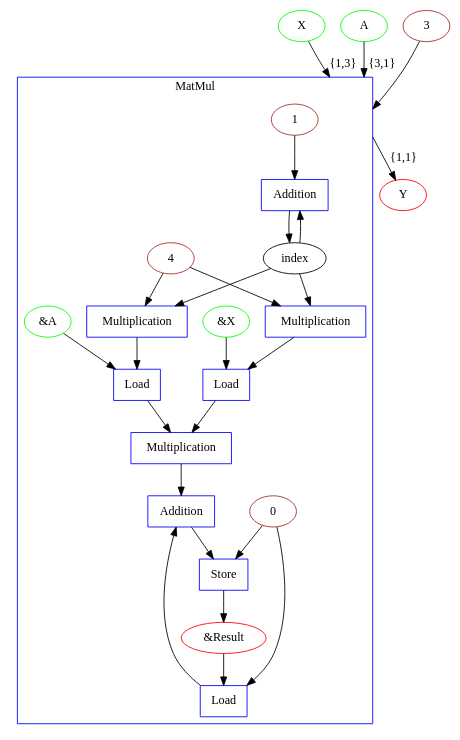
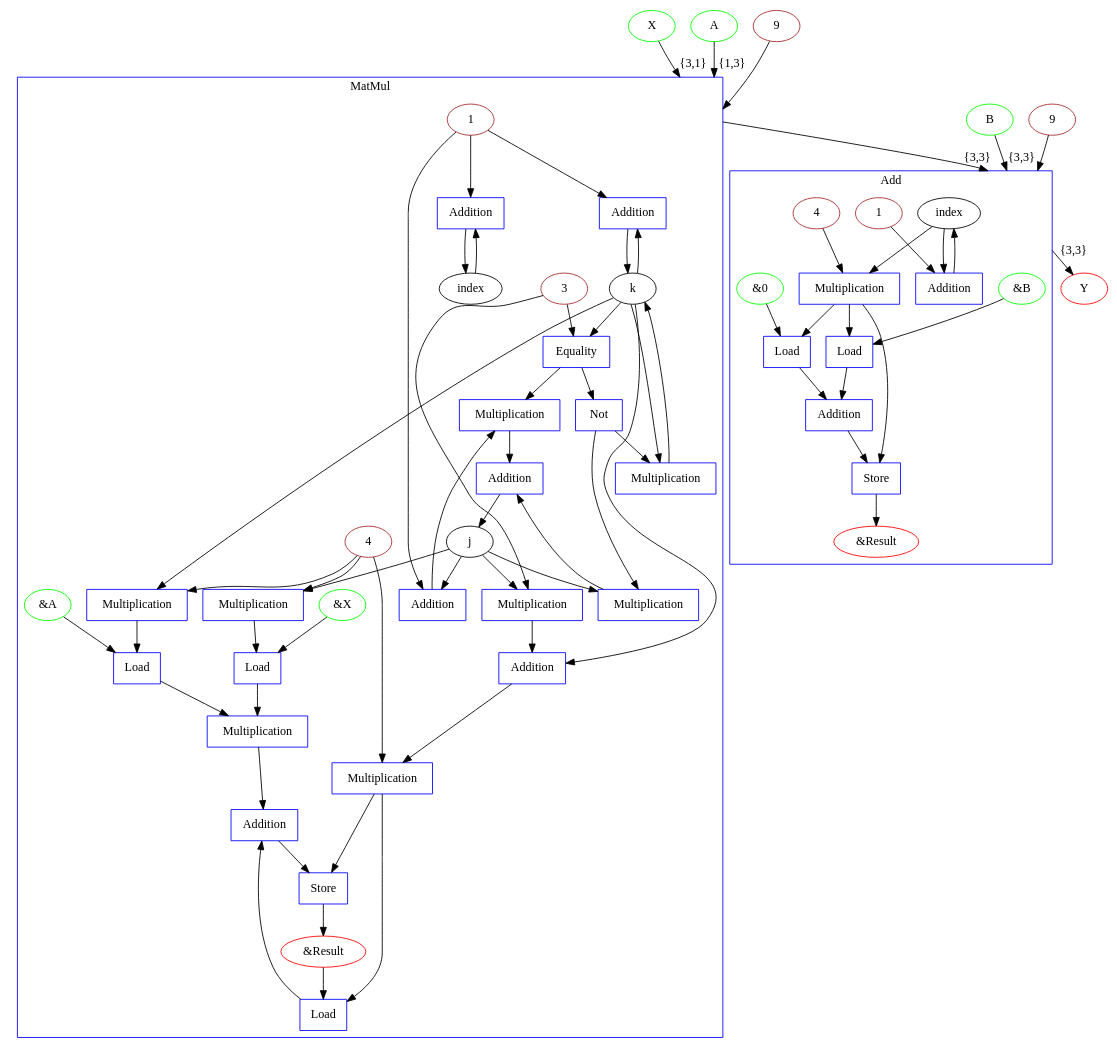
One commit to specs-feup/onnx-flow changed the diagram in graph.dot. Above: the diagram before and after it, drawn with Graphviz. The commit also changed 39 other files, not shown here.

Commit message:
Tests are working for all example graphs

```diff
--- a/graph.dot
+++ b/graph.dot
@@ -1,52 +1,125 @@
 digraph {
   graph [compound=true];
   X [label=X shape=ellipse color="#00FF00"];
   A [label=A shape=ellipse color="#00FF00"];
+  B [label=B shape=ellipse color="#00FF00"];
   Y [label=Y shape=ellipse color="#FF0000"];
   subgraph cluster_0 {
     graph [label=MatMul shape=box color="#0000FF"];
     0 [shape=point style=invis];
     addToIndexNode_0 [label=1 shape=ellipse color="#A52A2A"];
     Index_0 [label=index shape=ellipse];
+    j_0 [label=j shape=ellipse];
+    k_0 [label=k shape=ellipse];
+    "#columns1_0" [label=3 shape=ellipse color="#A52A2A"];
     displacementInMemory_0 [label=4 shape=ellipse color="#A52A2A"];
     Index0_0 [label=Multiplication shape=box color="#0000FF"];
     Index1_0 [label=Multiplication shape=box color="#0000FF"];
-    IndexResNode_0 [label=0 shape=ellipse color="#A52A2A"];
+    Multiplication5_0 [label=Multiplication shape=box color="#0000FF"];
+    IndexRes_0 [label=Multiplication shape=box color="#0000FF"];
+    Addition3_0 [label=Addition shape=box color="#0000FF"];
     X_0 [label="&X" shape=ellipse color="#00FF00"];
     A_0 [label="&A" shape=ellipse color="#00FF00"];
     MatMul_0 [label="&Result" shape=ellipse color="#FF0000"];
     Multiplication4_0 [label=Multiplication shape=box color="#0000FF"];
     Addition2_0 [label=Addition shape=box color="#0000FF"];
     Addition8_0 [label=Addition shape=box color="#0000FF"];
     Load0_0 [label=Load shape=box color="#0000FF"];
     Load1_0 [label=Load shape=box color="#0000FF"];
     Load2_0 [label=Load shape=box color="#0000FF"];
     Store_0 [label=Store shape=box color="#0000FF"];
+    Addition9_0 [label=Addition shape=box color="#0000FF"];
+    Addition4_0 [label=Addition shape=box color="#0000FF"];
+    Addition5_0 [label=Addition shape=box color="#0000FF"];
+    Multiplication7_0 [label=Multiplication shape=box color="#0000FF"];
+    Multiplication8_0 [label=Multiplication shape=box color="#0000FF"];
+    Multiplication9_0 [label=Multiplication shape=box color="#0000FF"];
+    Equality0_0 [label=Equality shape=box color="#0000FF"];
+    Not0_0 [label=Not shape=box color="#0000FF"];
   }
 
-  Loop_iterations_0 [label=3 shape=ellipse color="#A52A2A"];
-  X -> 0 [label="{1,3}" lhead=cluster_0];
-  A -> 0 [label="{3,1}" lhead=cluster_0];
-  0 -> Y [label="{1,1}" ltail=cluster_0];
+  subgraph cluster_1 {
+    graph [label=Add shape=box color="#0000FF"];
+    1 [shape=point style=invis];
+    Add_1 [label="&Result" shape=ellipse color="#FF0000"];
+    Index_1 [label=index shape=ellipse];
+    Load1_1 [label=Load shape=box color="#0000FF"];
+    Addition_1 [label=Addition shape=box color="#0000FF"];
+    B_1 [label="&B" shape=ellipse color="#00FF00"];
+    addToIndexNode_1 [label=1 shape=ellipse color="#A52A2A"];
+    Store_1 [label=Store shape=box color="#0000FF"];
+    Multiplication0_1 [label=Multiplication shape=box color="#0000FF"];
+    displacementInMemory_1 [label=4 shape=ellipse color="#A52A2A"];
+    Load0_1 [label=Load shape=box color="#0000FF"];
+    "0_1" [label="&0" shape=ellipse color="#00FF00"];
+    Addition0_1 [label=Addition shape=box color="#0000FF"];
+  }
+
+  Loop_iterations_0 [label=9 shape=ellipse color="#A52A2A"];
+  Loop_iterations_1 [label=9 shape=ellipse color="#A52A2A"];
+  X -> 0 [label="{3,1}" lhead=cluster_0];
+  A -> 0 [label="{1,3}" lhead=cluster_0];
+  0 -> 1 [label="{3,3}" lhead=cluster_1 ltail=cluster_0];
+  B -> 1 [label="{3,3}" lhead=cluster_1];
+  1 -> Y [label="{3,3}" ltail=cluster_1];
   Loop_iterations_0 -> 0 [lhead=cluster_0];
-  Index_0 -> Index0_0;
+  Multiplication0_1 -> Store_1;
+  Loop_iterations_1 -> 1 [lhead=cluster_1];
+  Load0_1 -> Addition_1;
+  Index_1 -> Addition0_1;
+  Addition_1 -> Store_1;
+  Load1_1 -> Addition_1;
+  addToIndexNode_1 -> Addition0_1;
+  Index_1 -> Multiplication0_1;
+  displacementInMemory_1 -> Multiplication0_1;
+  "0_1" -> Load0_1;
+  Multiplication0_1 -> Load1_1;
+  Addition0_1 -> Index_1;
+  Multiplication0_1 -> Load0_1;
+  B_1 -> Load1_1;
+  Store_1 -> Add_1;
+  j_0 -> Index0_0;
   displacementInMemory_0 -> Index0_0;
-  Index_0 -> Index1_0;
+  k_0 -> Index1_0;
   displacementInMemory_0 -> Index1_0;
+  j_0 -> Multiplication5_0;
+  "#columns1_0" -> Multiplication5_0;
+  k_0 -> Addition3_0;
+  Multiplication5_0 -> Addition3_0;
+  Addition3_0 -> IndexRes_0;
+  displacementInMemory_0 -> IndexRes_0;
   X_0 -> Load0_0;
   Index0_0 -> Load0_0;
   A_0 -> Load1_0;
   Index1_0 -> Load1_0;
   Load0_0 -> Multiplication4_0;
   Load1_0 -> Multiplication4_0;
   MatMul_0 -> Load2_0;
-  IndexResNode_0 -> Load2_0;
+  IndexRes_0 -> Load2_0;
   Load2_0 -> Addition2_0;
   Multiplication4_0 -> Addition2_0;
-  IndexResNode_0 -> Store_0;
+  IndexRes_0 -> Store_0;
   Addition2_0 -> Store_0;
   Store_0 -> MatMul_0;
   Index_0 -> Addition8_0;
   addToIndexNode_0 -> Addition8_0;
   Addition8_0 -> Index_0;
+  k_0 -> Addition9_0;
+  addToIndexNode_0 -> Addition9_0;
+  Addition9_0 -> k_0;
+  k_0 -> Equality0_0;
+  "#columns1_0" -> Equality0_0;
+  addToIndexNode_0 -> Addition4_0;
+  j_0 -> Addition4_0;
+  Equality0_0 -> Multiplication7_0;
+  Addition4_0 -> Multiplication7_0;
+  Equality0_0 -> Not0_0;
+  Not0_0 -> Multiplication8_0;
+  j_0 -> Multiplication8_0;
+  Multiplication7_0 -> Addition5_0;
+  Multiplication8_0 -> Addition5_0;
+  Addition5_0 -> j_0;
+  Not0_0 -> Multiplication9_0;
+  k_0 -> Multiplication9_0;
+  Multiplication9_0 -> k_0;
 }
```
